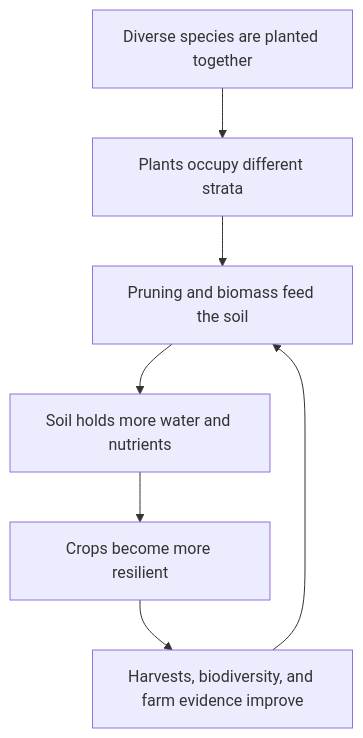
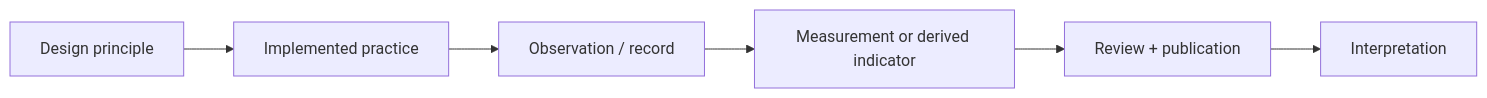
The second of 3 diagrams in kokonut-framework/why-syntropic-farming.mdx (wasalo/Kokonut-Public-Site), drawn with Mermaid before and after one commit. The commit also changed other lines of this file, not shown here.

Commit message:
docs(kokonut-framework): improve syntropic farming rationale

````diff
--- a/kokonut-framework/why-syntropic-farming.mdx
+++ b/kokonut-framework/why-syntropic-farming.mdx
@@ -77,9 +389,8 @@
 ```mermaid
-flowchart TD
-    A["Diverse species are planted together"] --> B["Plants occupy different strata"]
-    B --> C["Pruning and biomass feed the soil"]
-    C --> D["Soil holds more water and nutrients"]
-    D --> E["Crops become more resilient"]
-    E --> F["Harvests, biodiversity, and farm evidence improve"]
-    F --> C
+flowchart LR
+    A["Design principle"] --> B["Implemented practice"]
+    B --> C["Observation / record"]
+    C --> D["Measurement or derived indicator"]
+    D --> E["Review + publication"]
+    E --> F["Interpretation"]
 ```
````
